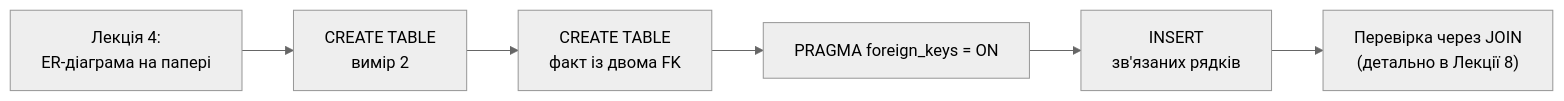
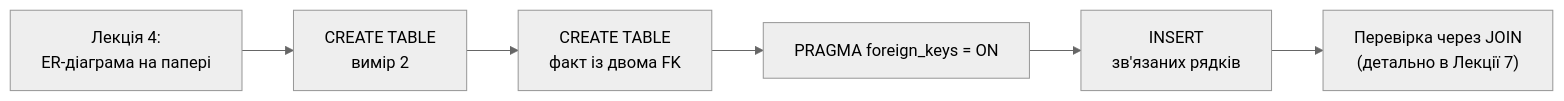
One commit to My-CD-ROM/data-bases-course changed the second of 2 diagrams in docs/lectures/05-insert-keys.md. Above: the diagram before and after it, drawn with Mermaid (neutral theme). The commit also changed other lines of this file and 41 other files, not shown here.

````diff
--- a/docs/lectures/05-insert-keys.md
+++ b/docs/lectures/05-insert-keys.md
@@ -252,8 +252,8 @@
 ```mermaid
 flowchart LR
     A["Лекція 4:\nER-діаграма на папері"] --> B["CREATE TABLE\nвимір 2"]
     B --> C["CREATE TABLE\nфакт із двома FK"]
     C --> D["PRAGMA foreign_keys = ON"]
     D --> E["INSERT\nзв'язаних рядків"]
-    E --> F["Перевірка через JOIN\n(детально в Лекції 8)"]
+    E --> F["Перевірка через JOIN\n(детально в Лекції 7)"]
 ```
````
